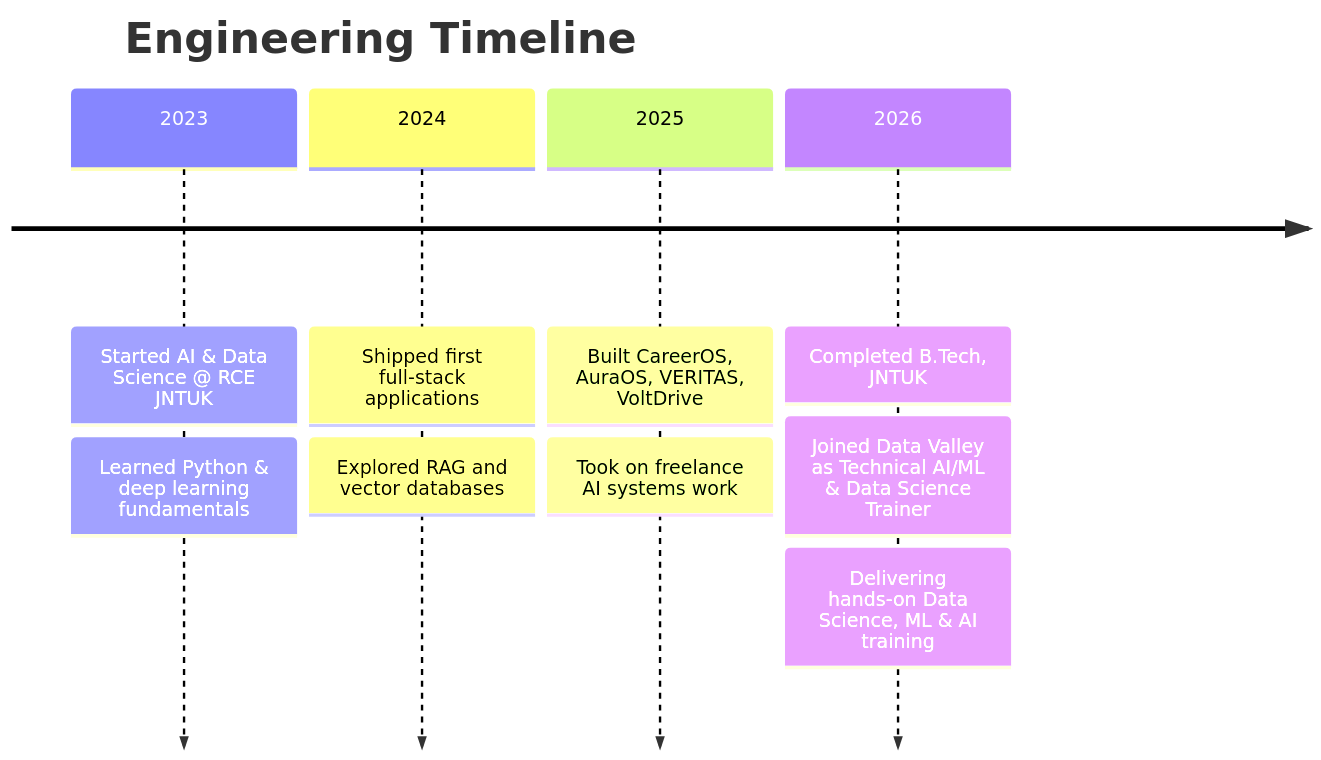
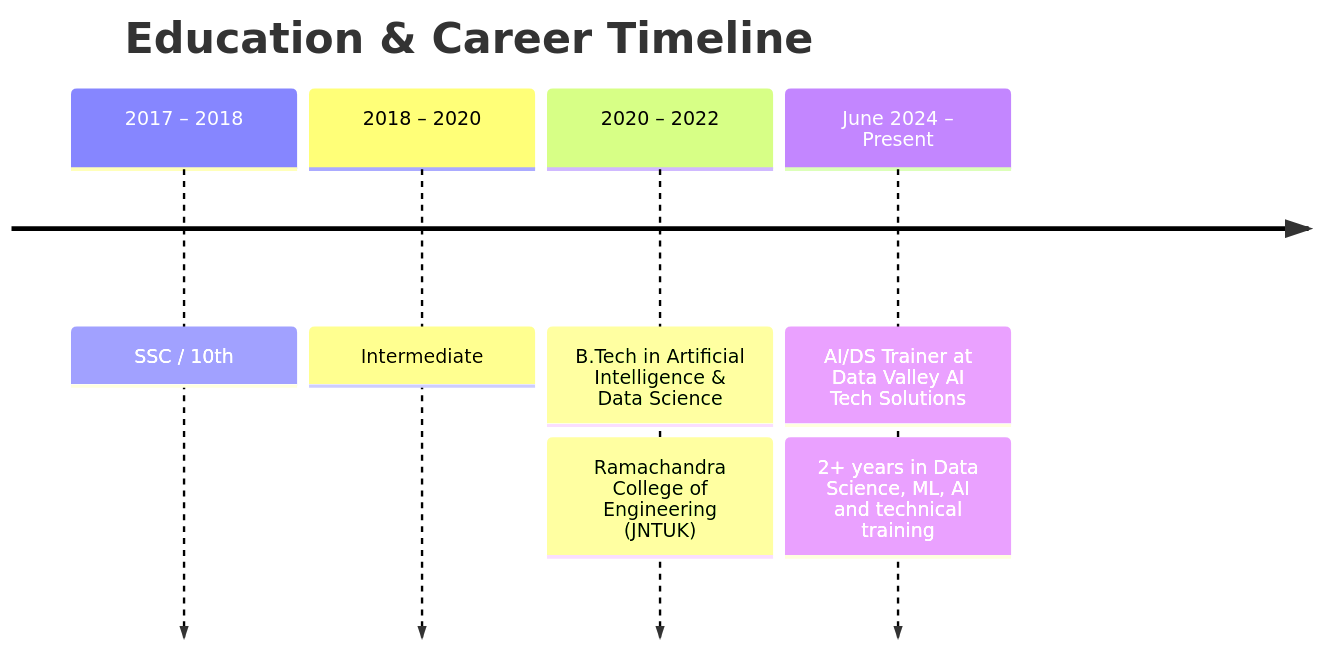
The second of 2 diagrams in README.md (thenameisbhagavan/thenameisbhagavan), drawn with Mermaid before and after one commit. The commit also changed other lines of this file, not shown here.

First line of the commit message:
Revise job title and training description in README

````diff
--- a/README.md
+++ b/README.md
@@ -184,13 +211,10 @@
 ```mermaid
 timeline
-    title Engineering Timeline
-    2023 : Started AI & Data Science @ RCE JNTUK
-         : Learned Python & deep learning fundamentals
-    2024 : Shipped first full-stack applications
-         : Explored RAG and vector databases
-    2025 : Built CareerOS, AuraOS, VERITAS, VoltDrive
-         : Took on freelance AI systems work
-    2026 : Completed B.Tech, JNTUK
-         : Joined Data Valley as Technical AI/ML & Data Science Trainer
-         : Delivering hands-on Data Science, ML & AI training
+    title Education & Career Timeline
+    2017 – 2018 : SSC / 10th
+    2018 – 2020 : Intermediate
+    2020 – 2022 : B.Tech in Artificial Intelligence & Data Science
+                : Ramachandra College of Engineering (JNTUK)
+    June 2024 – Present : AI/DS Trainer at Data Valley AI Tech Solutions
+                        : 2+ years in Data Science, ML, AI and technical training
 ```
````
